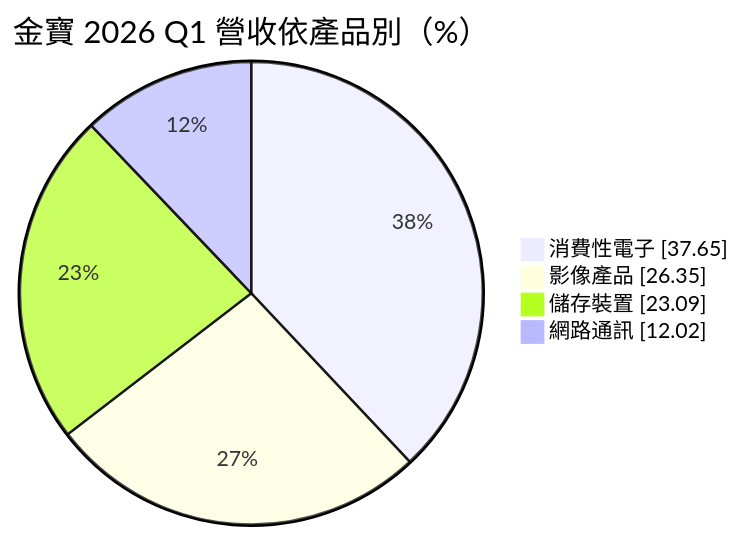
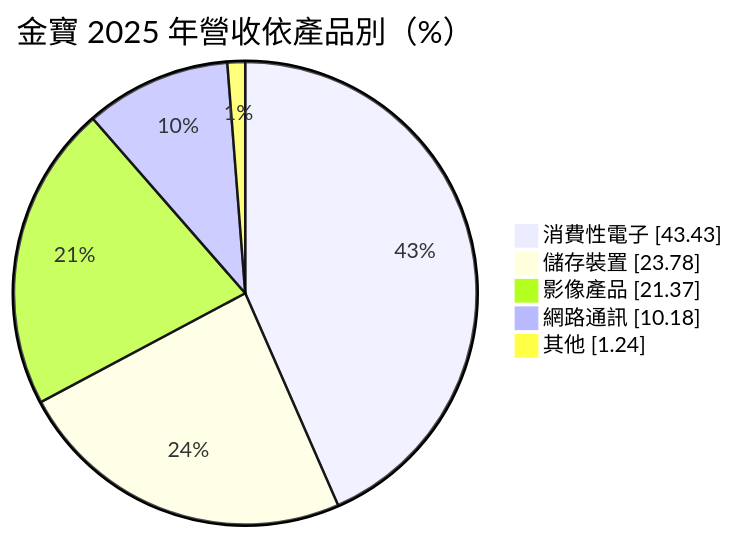
Before and after one commit to wangnick1004/taiwan-stock-vault: the first of 4 diagrams in 個股/台股/2312金寶.md, drawn with Mermaid. The commit also changed other lines of this file and 5 other files, not shown here.

````diff
--- a/個股/台股/2312金寶.md
+++ b/個股/台股/2312金寶.md
@@ -41,8 +53,9 @@
 ```mermaid
 pie showData
-    title 金寶 2026 Q1 營收依產品別（%）
-    "消費性電子" : 37.65
-    "影像產品" : 26.35
-    "儲存裝置" : 23.09
-    "網路通訊" : 12.02
+    title 金寶 2025 年營收依產品別（%）
+    "消費性電子" : 43.43
+    "儲存裝置" : 23.78
+    "影像產品" : 21.37
+    "網路通訊" : 10.18
+    "其他" : 1.24
 ```
````
